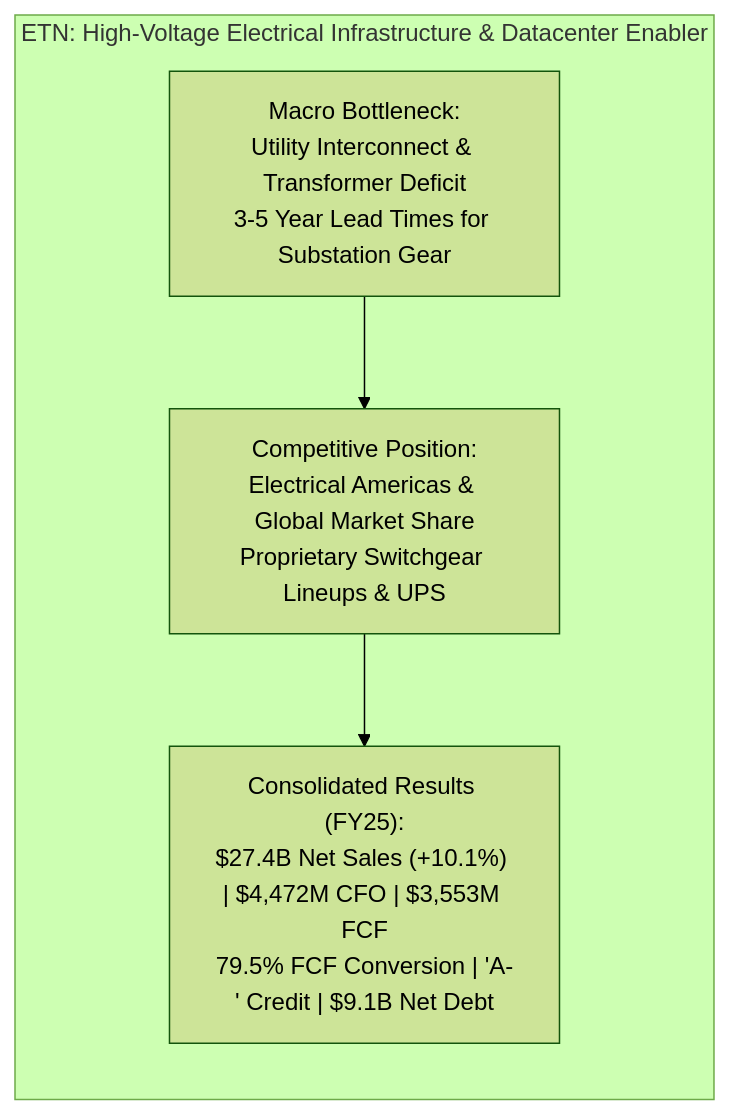
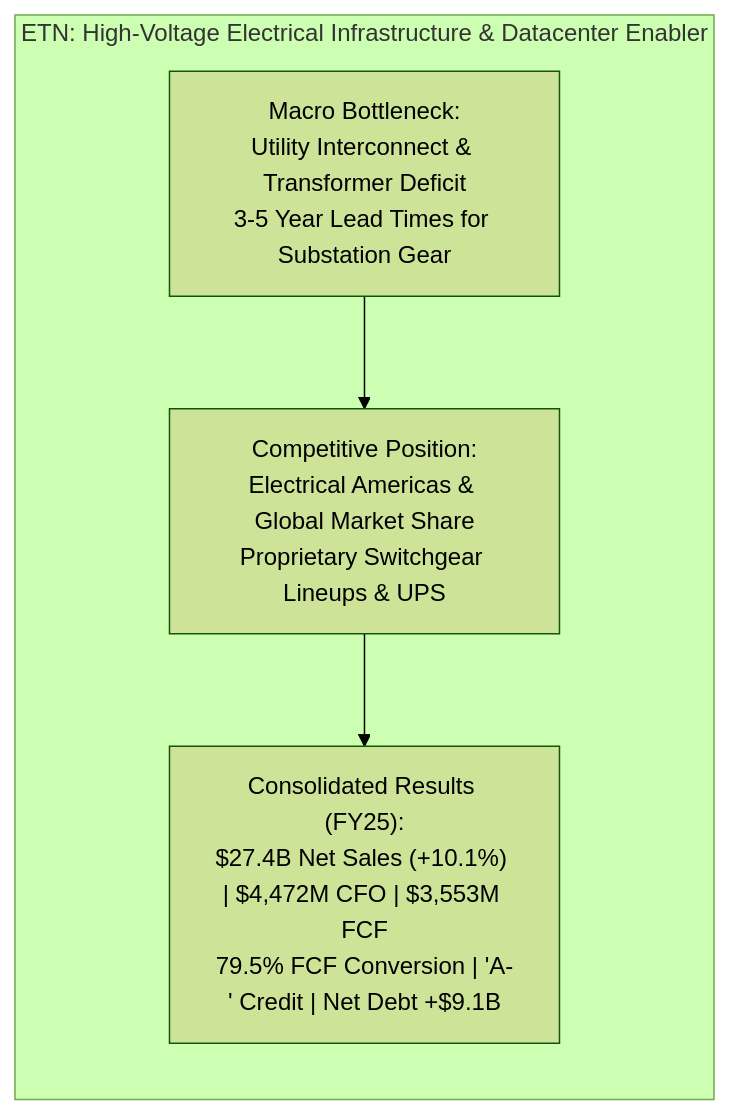
Before and after one commit to daakara/finance: the second of 2 diagrams in docs/research/discovery_cycle_2/DISCOVERY_OPPORTUNITY_RECORDS.md, drawn with Mermaid (forest theme). The commit also changed other lines of this file and 5 other files, not shown here.

Commit message:
fix(research): adopt consistent net debt convention, correct lease timing and segment profit labeling, and enforce real validator checks (PR #46)

````diff
--- a/docs/research/discovery_cycle_2/DISCOVERY_OPPORTUNITY_RECORDS.md
+++ b/docs/research/discovery_cycle_2/DISCOVERY_OPPORTUNITY_RECORDS.md
@@ -98,9 +101,9 @@
 ```mermaid
 flowchart LR
     subgraph ETN_Model["ETN: High-Voltage Electrical Infrastructure & Datacenter Enabler"]
         Grid["Macro Bottleneck:<br/>Utility Interconnect & Transformer Deficit<br/>3-5 Year Lead Times for Substation Gear"]
         ETN_Pos["Competitive Position:<br/>Electrical Americas & Global Market Share<br/>Proprietary Switchgear Lineups & UPS"]
-        Cash_Gen["Consolidated Results (FY25):<br/>$27.4B Net Sales (+10.1%) | $4,472M CFO | $3,553M FCF<br/>79.5% FCF Conversion | 'A-' Credit | $9.1B Net Debt"]
+        Cash_Gen["Consolidated Results (FY25):<br/>$27.4B Net Sales (+10.1%) | $4,472M CFO | $3,553M FCF<br/>79.5% FCF Conversion | 'A-' Credit | Net Debt +$9.1B"]
     end
     Grid --> ETN_Pos --> Cash_Gen
 ```
````
